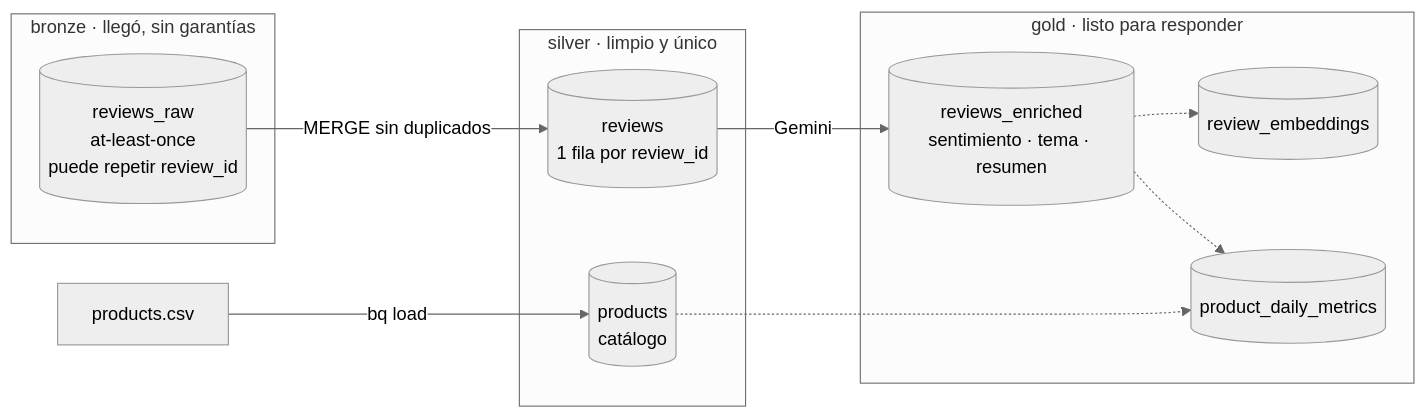
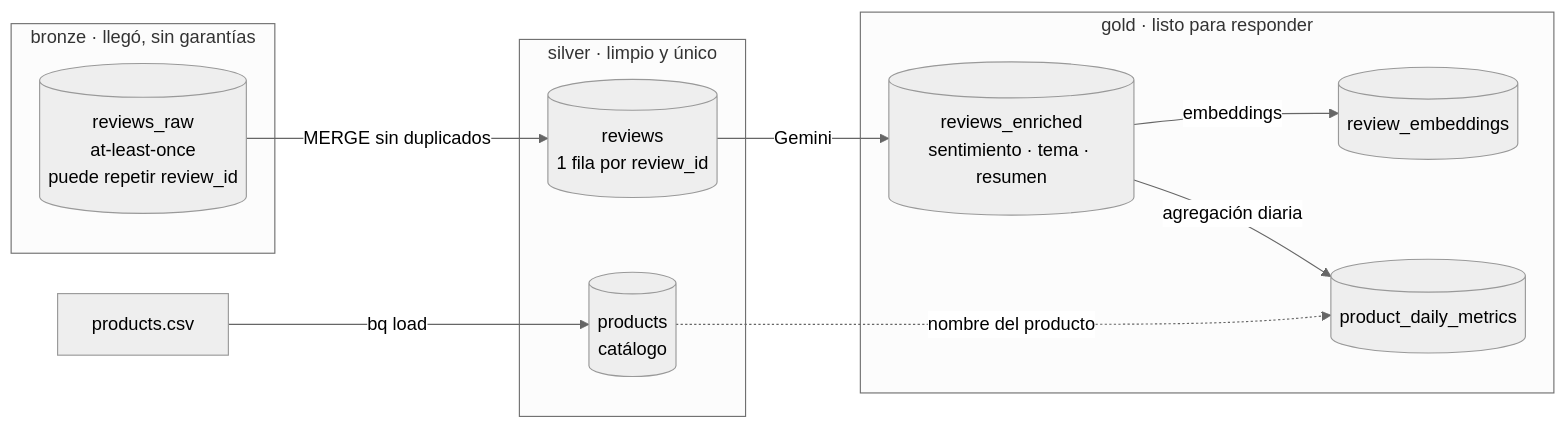
The first of 8 diagrams in docs/guia/06-capas-de-datos.md (Danzstorm/review-pulse-gcp), drawn with Mermaid (neutral theme) before and after one commit. The commit also changed other lines of this file and 2 other files, not shown here.

Commit message:
docs: explain embeddings, vector search and the gold metrics

````diff
--- a/docs/guia/06-capas-de-datos.md
+++ b/docs/guia/06-capas-de-datos.md
@@ -7,21 +7,21 @@
 ```mermaid
 flowchart LR
     subgraph B[bronze · llegó, sin garantías]
         BR[(reviews_raw<br/>at-least-once<br/>puede repetir review_id)]
     end
     subgraph S[silver · limpio y único]
         SR[(reviews<br/>1 fila por review_id)]
         SP[(products<br/>catálogo)]
     end
     subgraph G[gold · listo para responder]
         GE[(reviews_enriched<br/>sentimiento · tema · resumen)]
         GV[(review_embeddings)]
         GM[(product_daily_metrics)]
     end
     BR -->|MERGE sin duplicados| SR
     CSV[products.csv] -->|bq load| SP
     SR -->|Gemini| GE
-    GE -.-> GV
-    GE -.-> GM
-    SP -.-> GM
+    GE -->|embeddings| GV
+    GE -->|agregación diaria| GM
+    SP -.->|nombre del producto| GM
 ```
````
